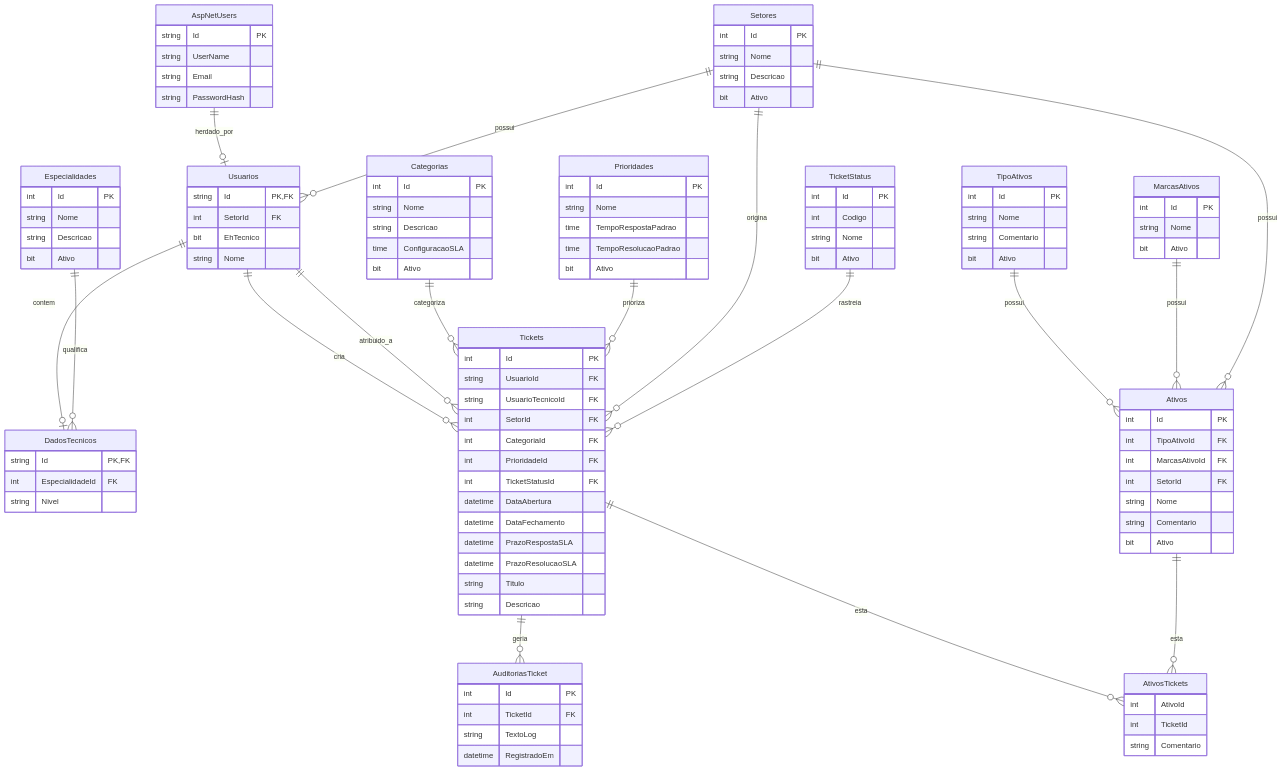
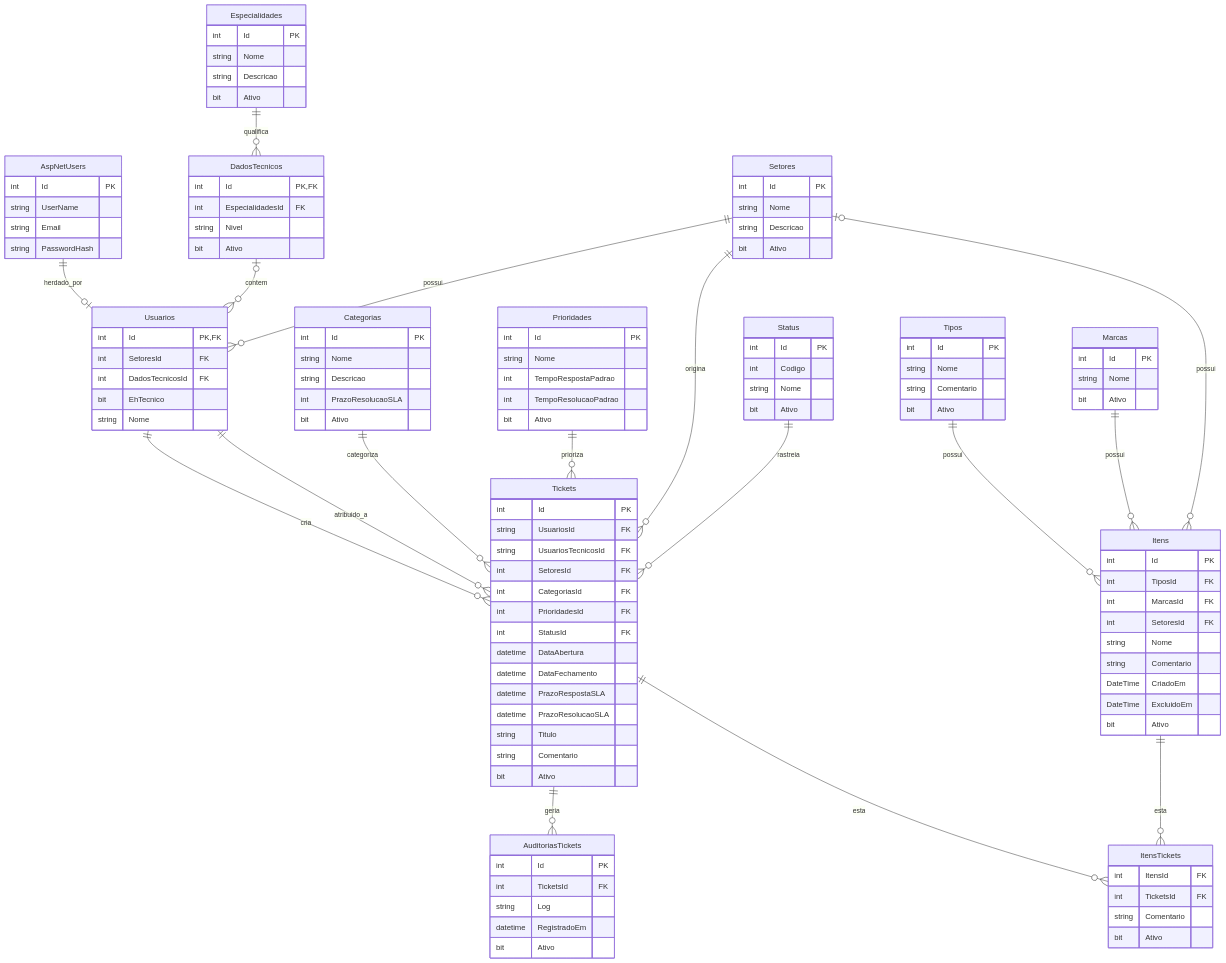
Before and after one commit to agsfranco/ChamadosTi: the diagram in ServiceOrder.md, drawn with Mermaid. The commit also changed 2 other files, not shown here.

Commit message:
Atualizado DER.

````diff
--- a/ServiceOrder.md
+++ b/ServiceOrder.md
@@ -1,26 +1,11 @@
 ```mermaid
 erDiagram
-    %% Tabela Base do ASP.NET Identity (Mantida no padrão do framework)
-    AspNetUsers {
-        string Id PK
-        string UserName
-        string Email
-        string PasswordHash
-    }
-
-    %% Usuario Comum (Herda de AspNetUsers)
-    Usuarios {
-        string Id PK, FK
-        int SetorId FK
-        bit EhTecnico
+    %% Setor da Empresa
+    Setores {
+        int Id PK
         string Nome
-    }
-
-    %% Dados Tecnicos
-    DadosTecnicos {
-        string Id PK, FK
-        int EspecialidadeId FK
-        string Nivel
+        string Descricao
+        bit Ativo
     }
 
     %% Especialidade: Redes, Banco de Dados
@@ -31,12 +16,37 @@
         bit Ativo
     }
 
-    %% Prioridade e Prazos Configurados
+    %% Dados Tecnicos
+    DadosTecnicos {
+        int Id PK, FK
+        int EspecialidadesId FK
+        string Nivel
+        bit Ativo
+    }
+
+    %% Tabela Base do ASP.NET Identity (Mantida no padrão do framework)
+    AspNetUsers {
+        int Id PK
+        string UserName
+        string Email
+        string PasswordHash
+    }
+
+    %% Usuario Comum (Herda de AspNetUsers)
+    Usuarios {
+    int Id PK, FK
+        int SetoresId FK
+        int DadosTecnicosId FK
+        bit EhTecnico
+        string Nome
+    }
+
+    %% Prioridade e Prazos Configurados: Normal, Urgente
     Prioridades {
         int Id PK
         string Nome
-        time TempoRespostaPadrao
-        time TempoResolucaoPadrao
+        int TempoRespostaPadrao
+        int TempoResolucaoPadrao
         bit Ativo
     }
 
@@ -45,20 +55,12 @@
         int Id PK
         string Nome
         string Descricao
-        time ConfiguracaoSLA
-        bit Ativo
-    }
-
-    %% Setor da Empresa
-    Setores {
-        int Id PK
-        string Nome
-        string Descricao
+        int PrazoResolucaoSLA
         bit Ativo
     }
 
     %% Notebook, PC, Roteador
-    TipoAtivos {
+    Tipos {
         int Id PK
         string Nome
         string Comentario
@@ -66,25 +68,27 @@
     }
 
     %% Dell, Acer, Samsung, Genérico
-    MarcasAtivos {
+    Marcas {
         int Id PK
         string Nome
         bit Ativo
     }
 
     %% Ativos
-    Ativos {
+    Itens {
         int Id PK
-        int TipoAtivoId FK
-        int MarcasAtivoId FK
-        int SetorId FK
+        int TiposId FK
+        int MarcasId FK
+        int SetoresId FK
         string Nome
         string Comentario
+        DateTime CriadoEm
+        DateTime ExcluidoEm
         bit Ativo
     }
 
     %% Aberto, Em Atendimento, Pendente, Resolvido
-    TicketStatus {
+    Status {
         int Id PK
         int Codigo
         string Nome
@@ -94,37 +98,40 @@
     %% Ordem de Serviço / Chamado
     Tickets {
         int Id PK
-        string UsuarioId FK
-        string UsuarioTecnicoId FK
-        int SetorId FK
-        int CategoriaId FK
-        int PrioridadeId FK
-        int TicketStatusId FK
+        string UsuariosId FK
+        string UsuariosTecnicosId FK
+        int SetoresId FK
+        int CategoriasId FK
+        int PrioridadesId FK
+        int StatusId FK
         datetime DataAbertura
         datetime DataFechamento
         datetime PrazoRespostaSLA
         datetime PrazoResolucaoSLA
         string Titulo
-        string Descricao        
+        string Comentario 
+        bit Ativo       
     }
 
-    AtivosTickets {
-        int AtivoId
-        int TicketId
+    ItensTickets {
+        int ItensId FK
+        int TicketsId FK
         string Comentario
+        bit Ativo
     }
 
     %% Auditoria / Historico
-    AuditoriasTicket {
+    AuditoriasTickets {
         int Id PK
-        int TicketId FK
-        string TextoLog
+        int TicketsId FK
+        string Log
         datetime RegistradoEm
+        bit Ativo
     }
 
     %% Relacionamentos de Heranca (1 para 0..1)
     AspNetUsers ||--o| Usuarios : "herdado_por"
-    Usuarios ||--o| DadosTecnicos : "contem"
+    DadosTecnicos o|--o{ Usuarios : "contem"
 
     %% Demais Relacionamentos
     Setores ||--o{ Usuarios : "possui"
@@ -134,11 +141,11 @@
     Categorias ||--o{ Tickets : "categoriza"
     Prioridades ||--o{ Tickets : "prioriza"
     Setores ||--o{ Tickets : "origina"
-    TicketStatus ||--o{ Tickets : "rastreia"
-    Tickets ||--o{ AuditoriasTicket : "geria"
-    TipoAtivos ||--o{ Ativos : "possui"
-    MarcasAtivos ||--o{ Ativos : "possui"
-    Setores ||--o{ Ativos : "possui"
-    Tickets ||--o{ AtivosTickets : "esta"
-    Ativos ||--o{ AtivosTickets : "esta"
+    Status ||--o{ Tickets : "rastreia"
+    Tickets ||--o{ AuditoriasTickets : "geria"
+    Tipos ||--o{ Itens : "possui"
+    Marcas ||--o{ Itens : "possui"
+    Setores o|--o{ Itens : "possui"
+    Tickets ||--o{ ItensTickets : "esta"
+    Itens ||--o{ ItensTickets : "esta"
 ```
````
